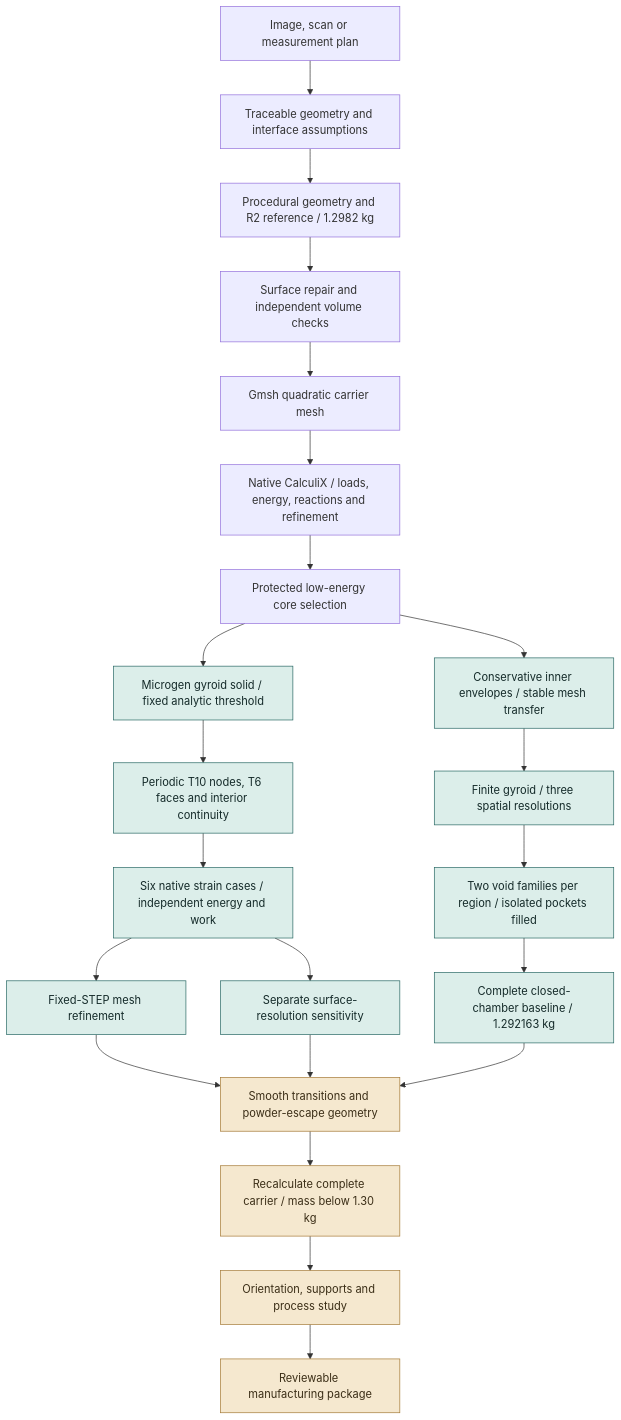
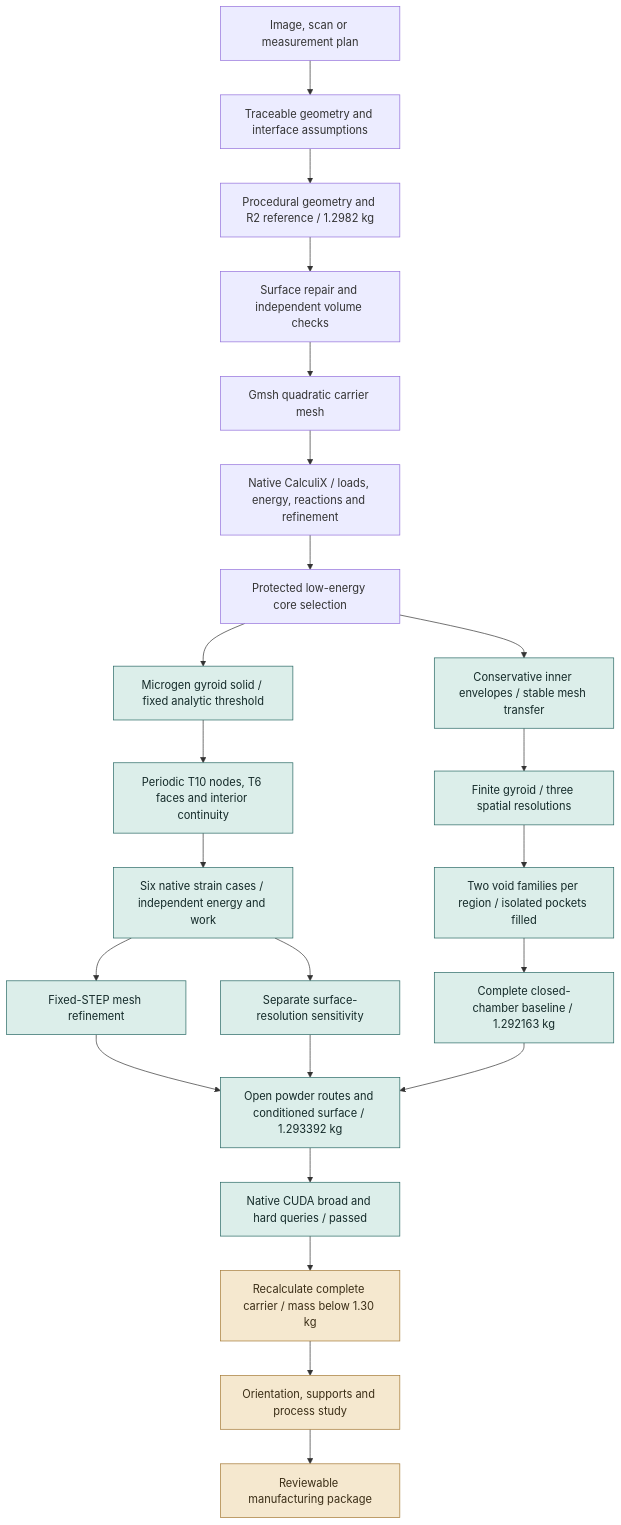
One commit to cluster2600/porscheparts changed the diagram in docs/reports/carrier-interface-20261028/README.md. Above: the diagram before and after it, drawn with Mermaid. The commit also changed other lines of this file and 72 other files, not shown here.

Commit message:
993 carrier: condition port surfaces and qualify native CUDA queries

````diff
--- a/docs/reports/carrier-interface-20261028/README.md
+++ b/docs/reports/carrier-interface-20261028/README.md
@@ -38,28 +45,29 @@
 ```mermaid
 flowchart TD
     A[Image, scan or measurement plan] --> B[Traceable geometry and interface assumptions]
     B --> C[Procedural geometry and R2 reference / 1.2982 kg]
     C --> D[Surface repair and independent volume checks]
     D --> E[Gmsh quadratic carrier mesh]
     E --> F[Native CalculiX / loads, energy, reactions and refinement]
     F --> G[Protected low-energy core selection]
     G --> Q[Conservative inner envelopes / stable mesh transfer]
     G --> H[Microgen gyroid solid / fixed analytic threshold]
     H --> I[Periodic T10 nodes, T6 faces and interior continuity]
     I --> J[Six native strain cases / independent energy and work]
     J --> K[Fixed-STEP mesh refinement]
     J --> L[Separate surface-resolution sensitivity]
-    K --> M[Smooth transitions and powder-escape geometry]
+    K --> M[Open powder routes and conditioned surface / 1.293392 kg]
     L --> M
     Q --> V[Finite gyroid / three spatial resolutions]
     V --> W[Two void families per region / isolated pockets filled]
     W --> Z[Complete closed-chamber baseline / 1.292163 kg]
     Z --> M
-    M --> N[Recalculate complete carrier / mass below 1.30 kg]
+    M --> R[Native CUDA broad and hard queries / passed]
+    R --> N[Recalculate complete carrier / mass below 1.30 kg]
     N --> O[Orientation, supports and process study]
     O --> P[Reviewable manufacturing package]
     classDef current fill:#dceeea,stroke:#286864,color:#142a29;
     classDef pending fill:#f5e8cf,stroke:#a47935,color:#3b2e17;
-    class H,I,J,K,L,Q,V,W,Z current;
-    class M,N,O,P pending;
+    class H,I,J,K,L,Q,V,W,Z,M,R current;
+    class N,O,P pending;
 ```
````
